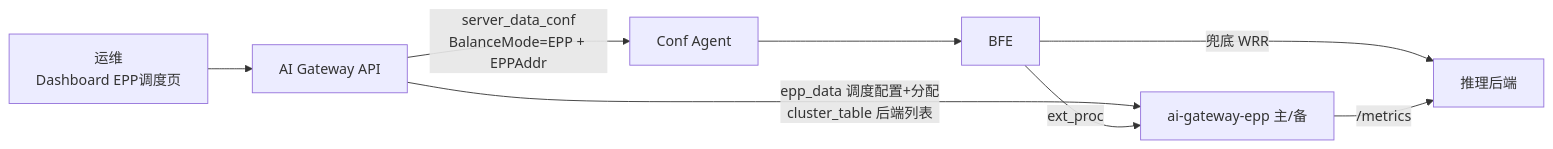
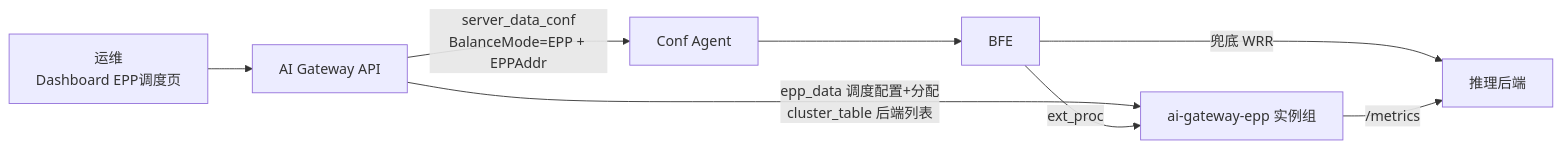
Before and after one commit to mileszhang2016/rainway-book: the first of 2 diagrams in operation/chapter26-epp-scheduling-operation.md, drawn with Mermaid. The commit also changed other lines of this file and 78 other files, not shown here.

Commit message:
docs: 全书对齐 v0.8.0 最新组件版本（Dashboard v0.0.11、新增 ai-gateway-controller v1.1.0；补充角色体系、批量任务、批量限流、EPP 运行时参数、K8s 池发现与错误契约等）（中英双语）

````diff
--- a/operation/chapter26-epp-scheduling-operation.md
+++ b/operation/chapter26-epp-scheduling-operation.md
@@ -45,10 +45,10 @@
 ```mermaid
 flowchart LR
     OP[运维<br/>Dashboard EPP调度页] --> API[AI Gateway API]
     API -->|server_data_conf<br/>BalanceMode=EPP + EPPAddr| CA[Conf Agent]
     CA --> BFE[BFE]
-    API -->|epp_data 调度配置+分配<br/>cluster_table 后端列表| EPP[ai-gateway-epp 主/备]
+    API -->|epp_data 调度配置+分配<br/>cluster_table 后端列表| EPP[ai-gateway-epp 实例组]
     BFE -->|ext_proc| EPP
     BFE -->|兜底 WRR| RS[推理后端]
     EPP -->|/metrics| RS
 ```
````
